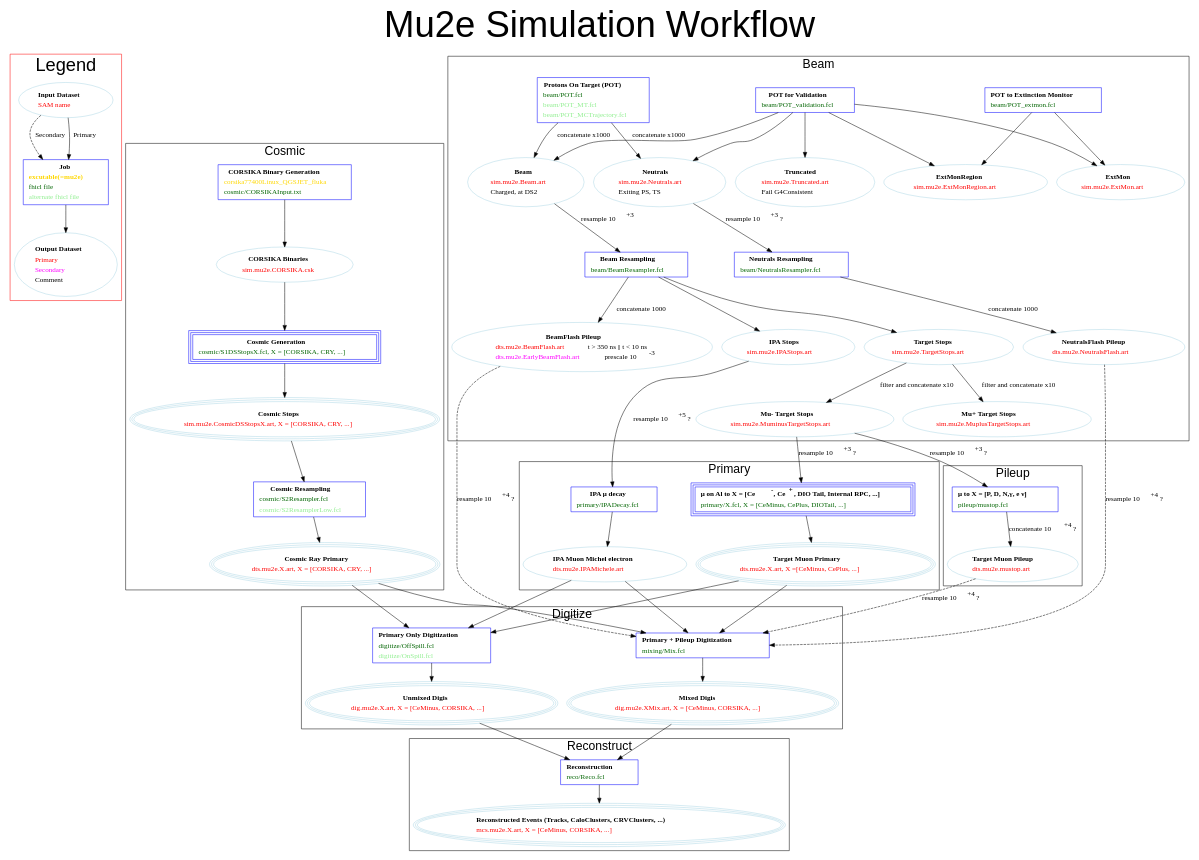
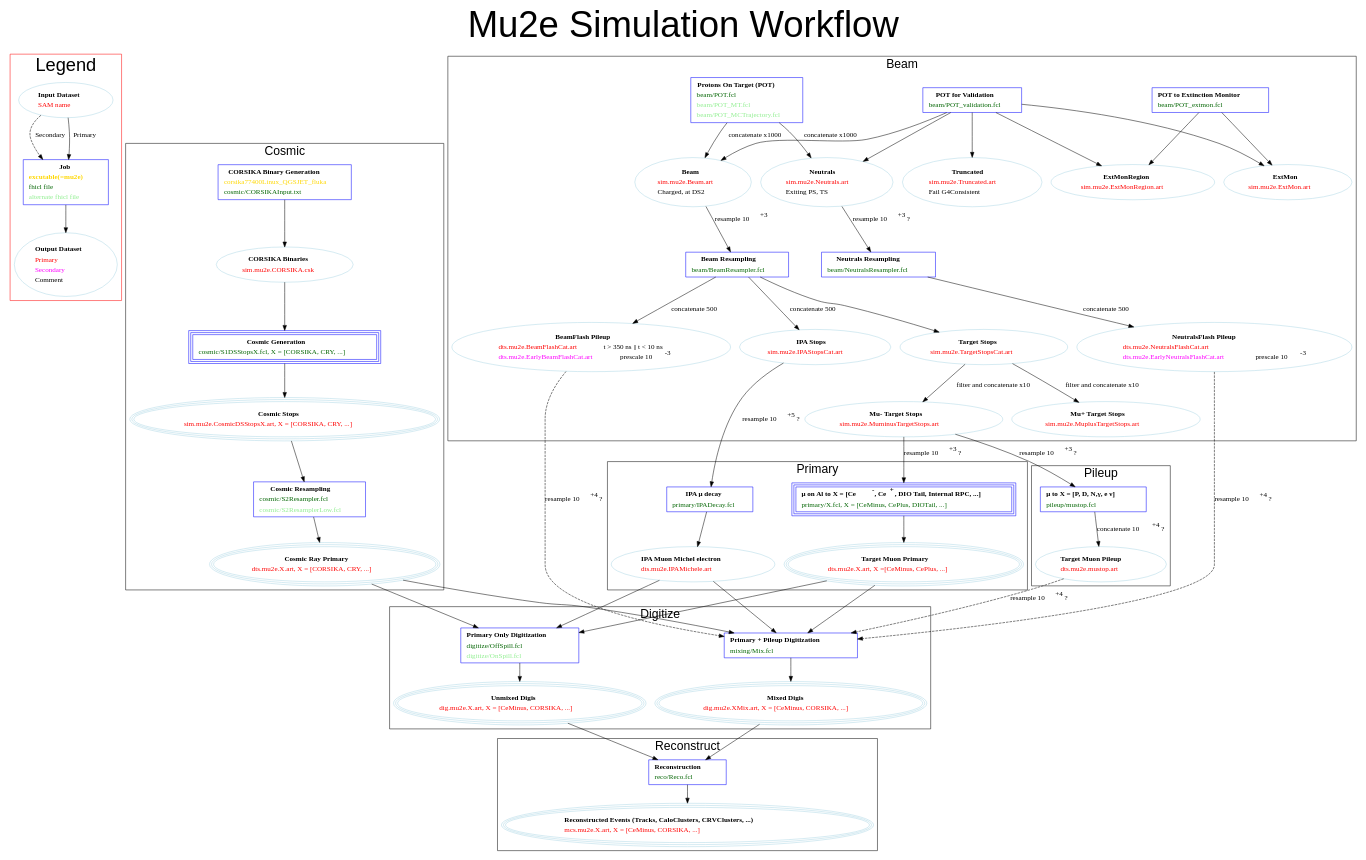
One commit to sridhar130/Production changed the diagram in JobConfig/doc/SimulationWorkflow.dot. Above: the diagram before and after it, drawn with Graphviz. The commit also changed 2 other files, not shown here.

Commit message:
Fixed diagram

```diff
--- a/JobConfig/doc/SimulationWorkflow.dot
+++ b/JobConfig/doc/SimulationWorkflow.dot
@@ -1,7 +1,7 @@
 /* Flowchart showing the simulation workflow for Mu2e.
  * To compile:
  *
- *     dot -T(suf) SimulationWorkflow.dot -o SimulationWorkflow.(suf), suf=tiff, jpg, pdf, ... 
+ *     dot -T(suf) SimulationWorkflow.dot -o SimulationWorkflow.(suf), suf=tiff, jpg, pdf, ...
  *    See https://graphviz.gitlab.io/documentation/ for more details
  *
  */
@@ -185,17 +185,17 @@
     TargetStops [shape=oval, color=lightblue,
 		label=<<table border="0" cellborder="0" cellspacing="1">
 		  <tr><td align="center"><b>Target Stops</b></td></tr>
-		  <tr><td align="left"><font color="red">sim.mu2e.TargetStops.art</font></td></tr>
+		  <tr><td align="left"><font color="red">sim.mu2e.TargetStopsCat.art</font></td></tr>
 		  </table>>];
 
     IPAStops [shape=oval, color=lightblue,
 	     label=<<table border="0" cellborder="0" cellspacing="1">
 	       <tr><td align="center"><b>IPA Stops</b></td></tr>
-	       <tr><td align="left"><font color="red">sim.mu2e.IPAStops.art</font></td></tr>
+	       <tr><td align="left"><font color="red">sim.mu2e.IPAStopsCat.art</font></td></tr>
 	       </table>>];
 
     BeamResampling -> TargetStops;
-    BeamResampling -> IPAStops;
+    BeamResampling -> IPAStops [ label="concatenate 500" ];
 
     MuminusTargetStops [shape=oval, color=lightblue,
 		label=<<table border="0" cellborder="0" cellspacing="1">
@@ -215,17 +215,18 @@
     BeamFlashPileup [shape=oval, color=lightblue,
 		    label=<<table border="0" cellborder="0" cellspacing="1">
 		      <tr><td align="center"><b>BeamFlash Pileup</b></td></tr>
-		      <tr><td align="left"><font color="red">dts.mu2e.BeamFlash.art</font> <font color="black">t &gt; 350 ns || t &lt; 10 ns</font></td></tr>
-		      <tr><td align="left"><font color="fuchsia">dts.mu2e.EarlyBeamFlash.art</font><font color="black"> prescale 10<sup>-3</sup></font></td></tr>
+		      <tr><td align="left"><font color="red">dts.mu2e.BeamFlashCat.art</font> <font color="black">t &gt; 350 ns || t &lt; 10 ns</font></td></tr>
+		      <tr><td align="left"><font color="fuchsia">dts.mu2e.EarlyBeamFlashCat.art</font><font color="black"> prescale 10<sup>-3</sup></font></td></tr>
 		      </table>>];
 
     NeutralsFlashPileup [shape=oval, color=lightblue,
 			label=<<table border="0" cellborder="0" cellspacing="1">
 			  <tr><td align="center"><b>NeutralsFlash Pileup</b></td></tr>
-			  <tr><td align="left"><font color="red">dts.mu2e.NeutralsFlash.art</font> </td></tr>
+			  <tr><td align="left"><font color="red">dts.mu2e.NeutralsFlashCat.art</font> </td></tr>
+		      <tr><td align="left"><font color="fuchsia">dts.mu2e.EarlyNeutralsFlashCat.art</font><font color="black"> prescale 10<sup>-3</sup></font></td></tr>
 			  </table>>];
-    NeutralsResampling -> NeutralsFlashPileup [ label="concatenate 1000" ];
-    BeamResampling -> BeamFlashPileup [ label="concatenate 1000" ];
+    NeutralsResampling -> NeutralsFlashPileup [ label="concatenate 500" ];
+    BeamResampling -> BeamFlashPileup [ label="concatenate 500" ];
 
   }
 
```
